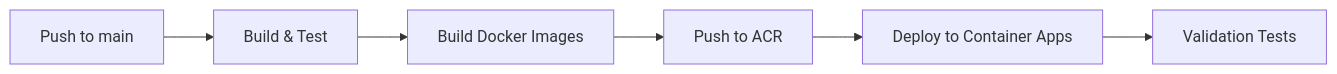
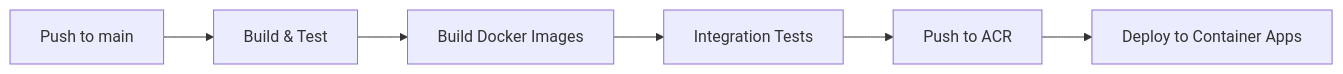
The third of 3 diagrams in README.md (Back-Buddy/Backend), drawn with Mermaid before and after one commit. The commit also changed other lines of this file, not shown here.

````diff
--- a/README.md
+++ b/README.md
@@ -361,8 +361,8 @@
 ```mermaid
 graph LR
     A[Push to main] --> B[Build & Test]
     B --> C[Build Docker Images]
-    C --> D[Push to ACR]
-    D --> E[Deploy to Container Apps]
-    E --> F[Validation Tests]
+    C --> D[Integration Tests]
+    D --> E[Push to ACR]
+    E --> F[Deploy to Container Apps]
 ```
````
